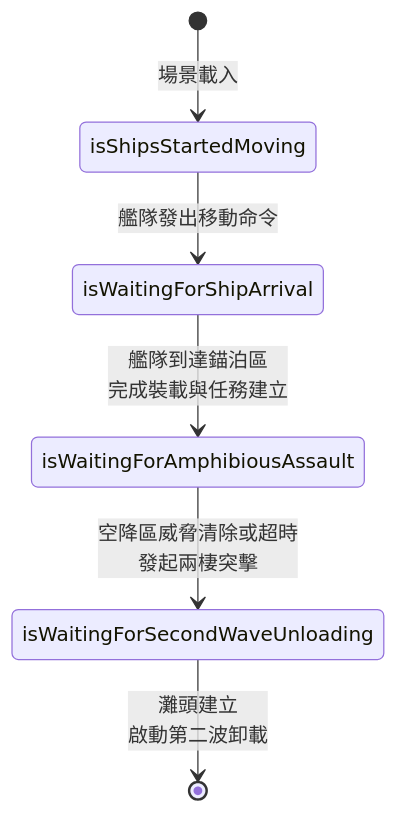
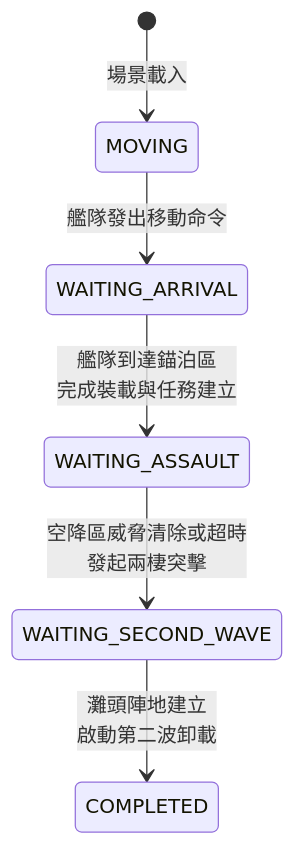
One commit to pullupjumper/formosa-in-flames changed the second of 3 diagrams in docs/landingOps/README.md. Above: the diagram before and after it, drawn with Mermaid. The commit also changed other lines of this file and 20 other files, not shown here.

````diff
--- a/docs/landingOps/README.md
+++ b/docs/landingOps/README.md
@@ -87,8 +87,8 @@
 ```mermaid
 stateDiagram-v2
-    [*] --> isShipsStartedMoving: 場景載入
-    isShipsStartedMoving --> isWaitingForShipArrival: 艦隊發出移動命令
-    isWaitingForShipArrival --> isWaitingForAmphibiousAssault: 艦隊到達錨泊區<br>完成裝載與任務建立
-    isWaitingForAmphibiousAssault --> isWaitingForSecondWaveUnloading: 空降區威脅清除或超時<br>發起兩棲突擊
-    isWaitingForSecondWaveUnloading --> [*]: 灘頭建立<br>啟動第二波卸載
+    [*] --> MOVING: 場景載入
+    MOVING --> WAITING_ARRIVAL: 艦隊發出移動命令
+    WAITING_ARRIVAL --> WAITING_ASSAULT: 艦隊到達錨泊區<br>完成裝載與任務建立
+    WAITING_ASSAULT --> WAITING_SECOND_WAVE: 空降區威脅清除或超時<br>發起兩棲突擊
+    WAITING_SECOND_WAVE --> COMPLETED: 灘頭陣地建立<br>啟動第二波卸載
 ```
````
